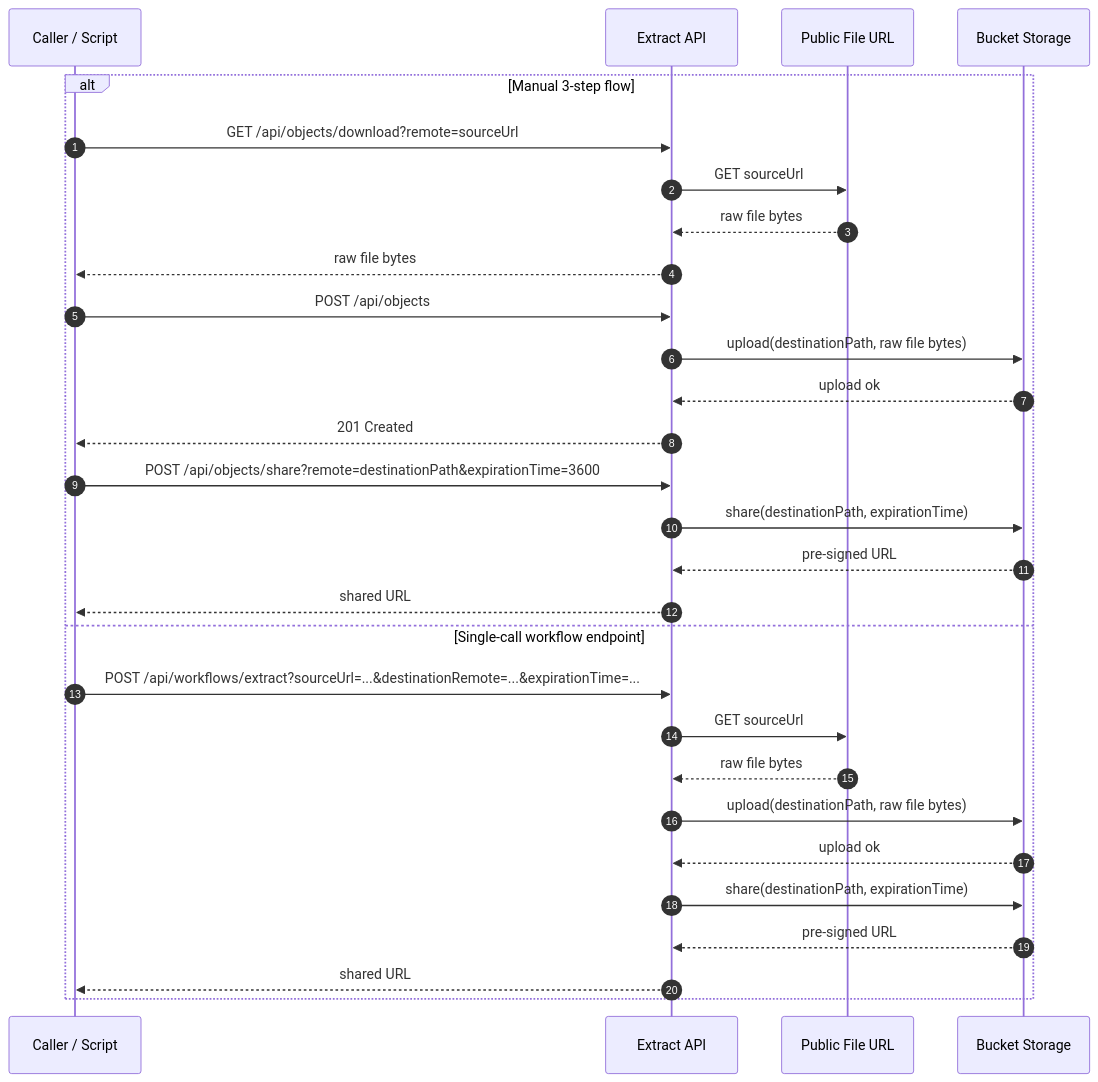
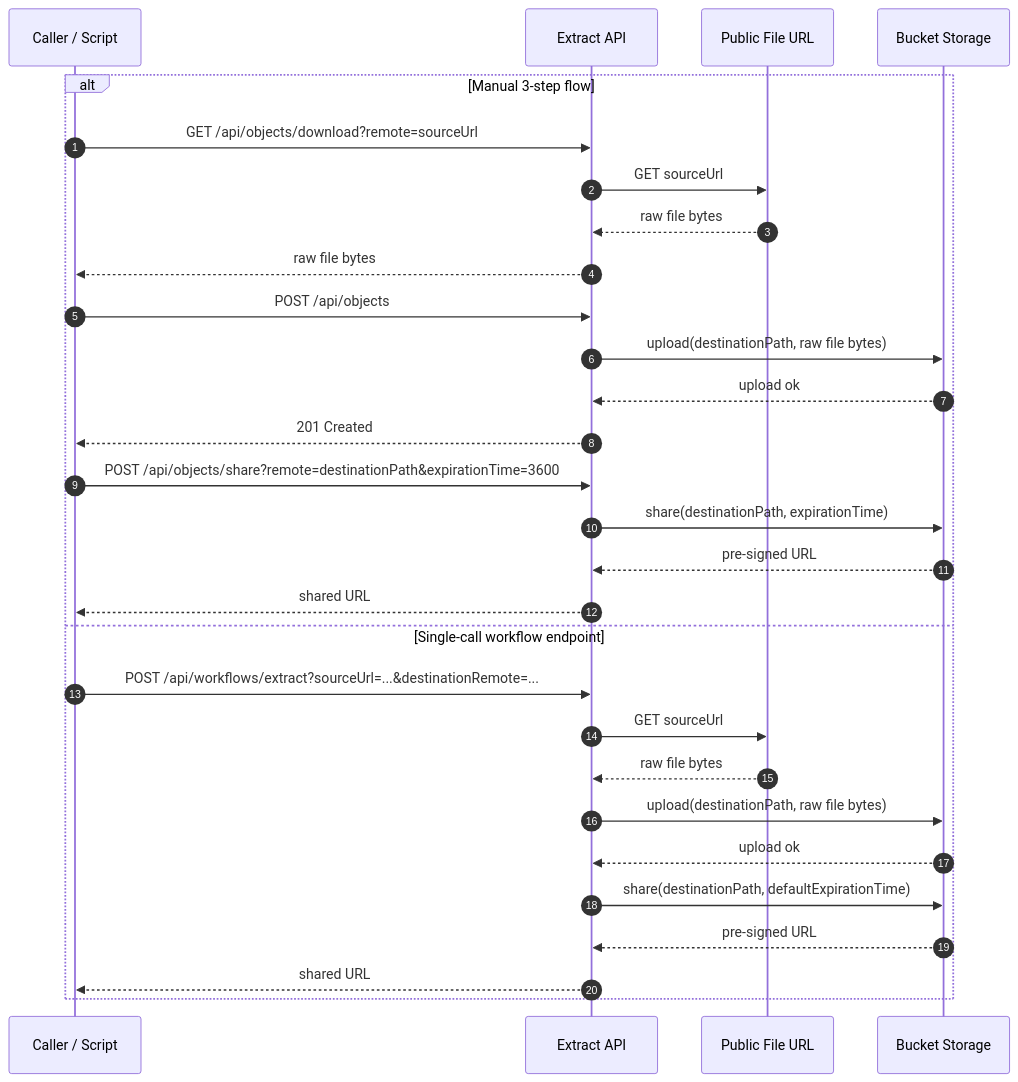
Before and after one commit to CPNV-ES-BI-RIA-PROJECT/ria2-extract: the diagram in docs/extractor/sprint-001-extract-workflow.md, drawn with Mermaid. The commit also changed other lines of this file, not shown here.

````diff
--- a/docs/extractor/sprint-001-extract-workflow.md
+++ b/docs/extractor/sprint-001-extract-workflow.md
@@ -52,35 +52,35 @@
 ```mermaid
 sequenceDiagram
     autonumber
 
     participant caller as Caller / Script
     participant extract as Extract API
     participant source as Public File URL
     participant bucket as Bucket Storage
 
     alt Manual 3-step flow
         caller->>extract: GET /api/objects/download?remote=sourceUrl
         extract->>source: GET sourceUrl
         source-->>extract: raw file bytes
         extract-->>caller: raw file bytes
 
         caller->>extract: POST /api/objects
         extract->>bucket: upload(destinationPath, raw file bytes)
         bucket-->>extract: upload ok
         extract-->>caller: 201 Created
 
         caller->>extract: POST /api/objects/share?remote=destinationPath&expirationTime=3600
         extract->>bucket: share(destinationPath, expirationTime)
         bucket-->>extract: pre-signed URL
         extract-->>caller: shared URL
     else Single-call workflow endpoint
-        caller->>extract: POST /api/workflows/extract?sourceUrl=...&destinationRemote=...&expirationTime=...
+        caller->>extract: POST /api/workflows/extract?sourceUrl=...&destinationRemote=...
         extract->>source: GET sourceUrl
         source-->>extract: raw file bytes
         extract->>bucket: upload(destinationPath, raw file bytes)
         bucket-->>extract: upload ok
-        extract->>bucket: share(destinationPath, expirationTime)
+        extract->>bucket: share(destinationPath, defaultExpirationTime)
         bucket-->>extract: pre-signed URL
         extract-->>caller: shared URL
     end
 ```
````
